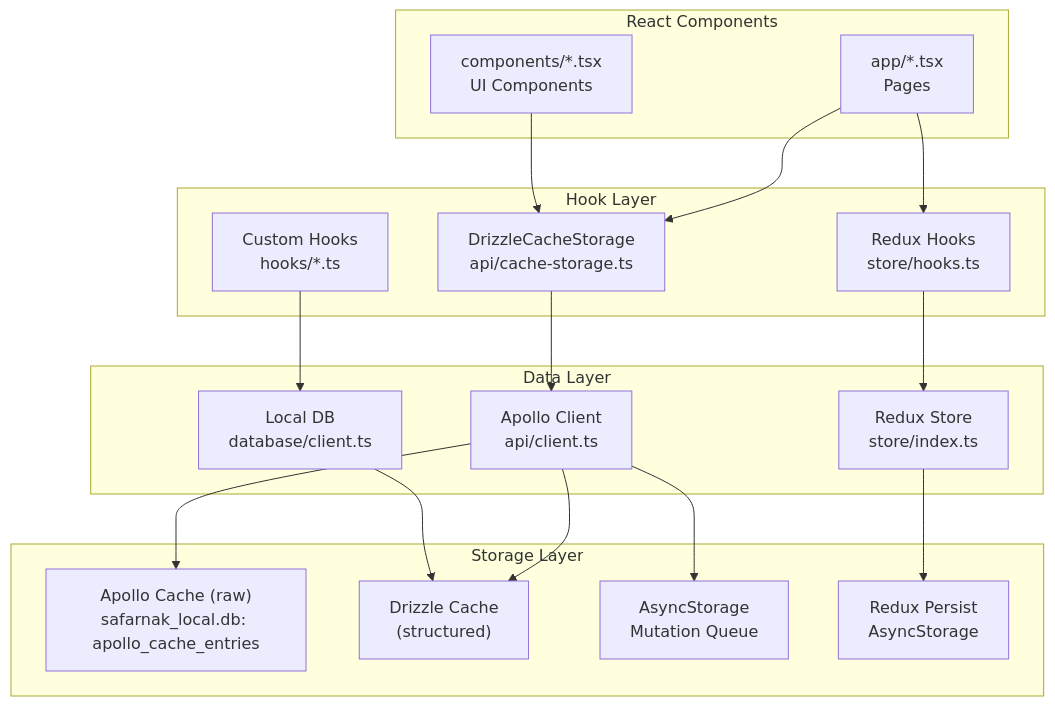
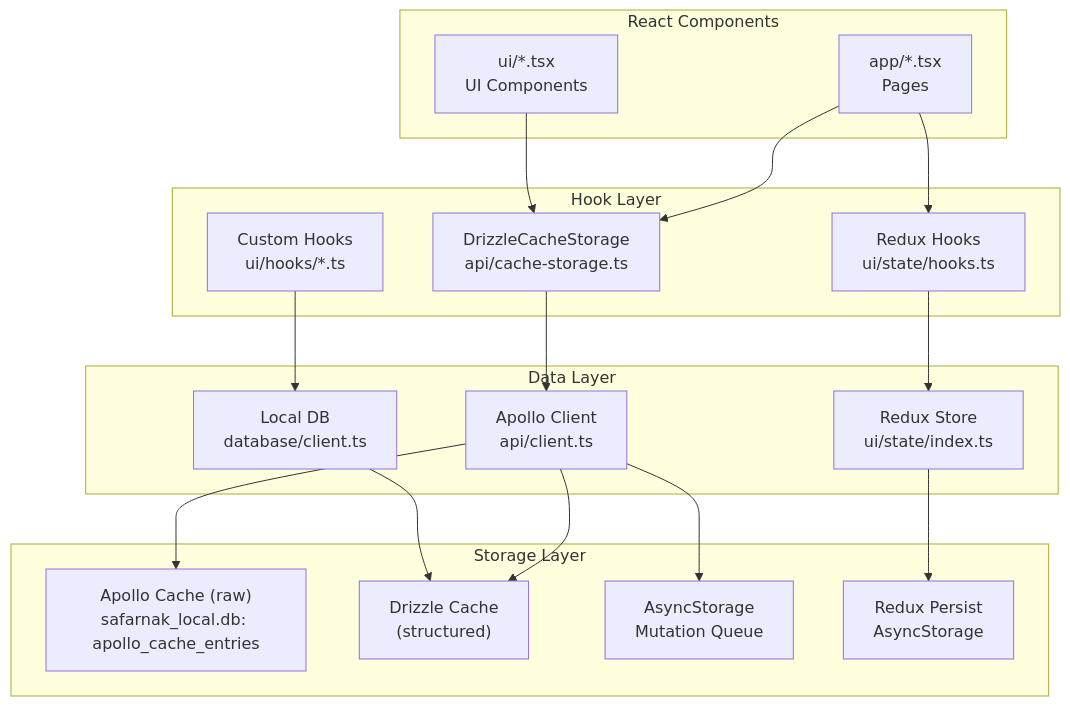
Before and after one commit to mehotkhan/safarnak.app: the second of 11 diagrams in README.md, drawn with Mermaid. The commit also changed other lines of this file and 2 other files, not shown here.

````diff
--- a/README.md
+++ b/README.md
@@ -121,38 +121,38 @@
 ```mermaid
 flowchart TB
   subgraph Component["React Components"]
     C1["app/*.tsx<br/>Pages"]
-    C2["components/*.tsx<br/>UI Components"]
+    C2["ui/*.tsx<br/>UI Components"]
   end
 
   subgraph Hooks["Hook Layer"]
     H1["DrizzleCacheStorage<br/>api/cache-storage.ts"]
-    H2["Custom Hooks<br/>hooks/*.ts"]
-    H3["Redux Hooks<br/>store/hooks.ts"]
+    H2["Custom Hooks<br/>ui/hooks/*.ts"]
+    H3["Redux Hooks<br/>ui/state/hooks.ts"]
   end
 
   subgraph Data["Data Layer"]
     D1["Apollo Client<br/>api/client.ts"]
-    D2["Redux Store<br/>store/index.ts"]
+    D2["Redux Store<br/>ui/state/index.ts"]
       D3["Local DB<br/>database/client.ts"]
   end
 
   subgraph Storage["Storage Layer"]
     S1["Apollo Cache (raw)<br/>safarnak_local.db: apollo_cache_entries"]
     S2["Drizzle Cache<br/>(structured)"]
     S3["AsyncStorage<br/>Mutation Queue"]
     S4["Redux Persist<br/>AsyncStorage"]
   end
 
   C1 --> H1
   C2 --> H1
   C1 --> H3
   H1 --> D1
   H2 --> D3
   H3 --> D2
   D1 --> S1
   D1 --> S2
   D2 --> S4
   D3 --> S2
   D1 --> S3
 ```
````
